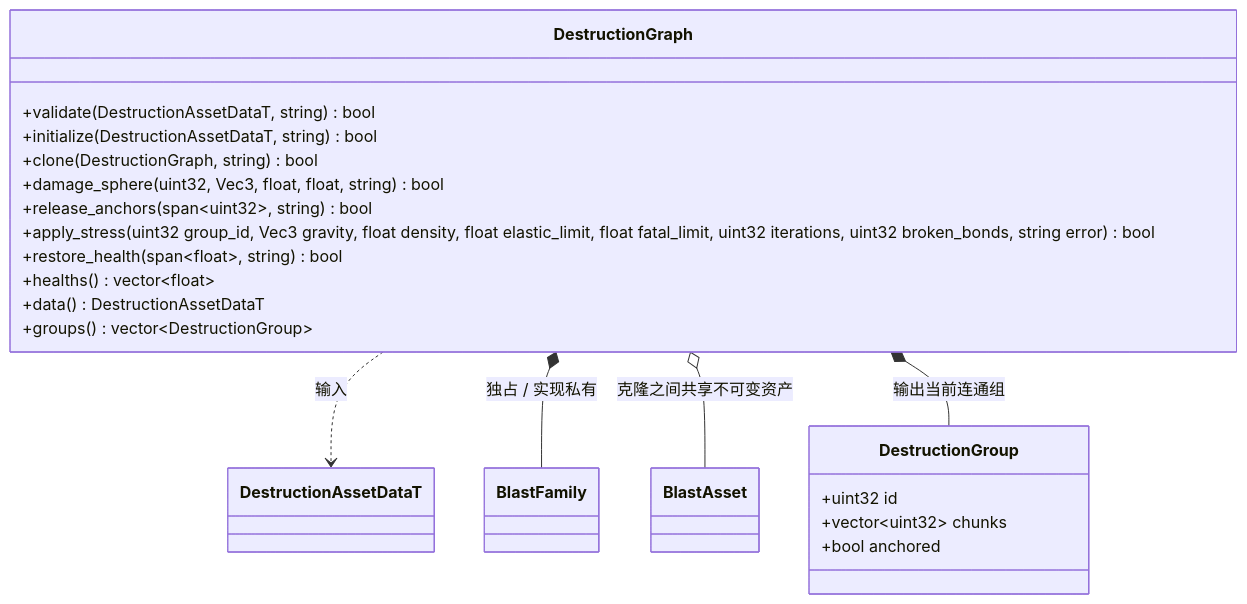
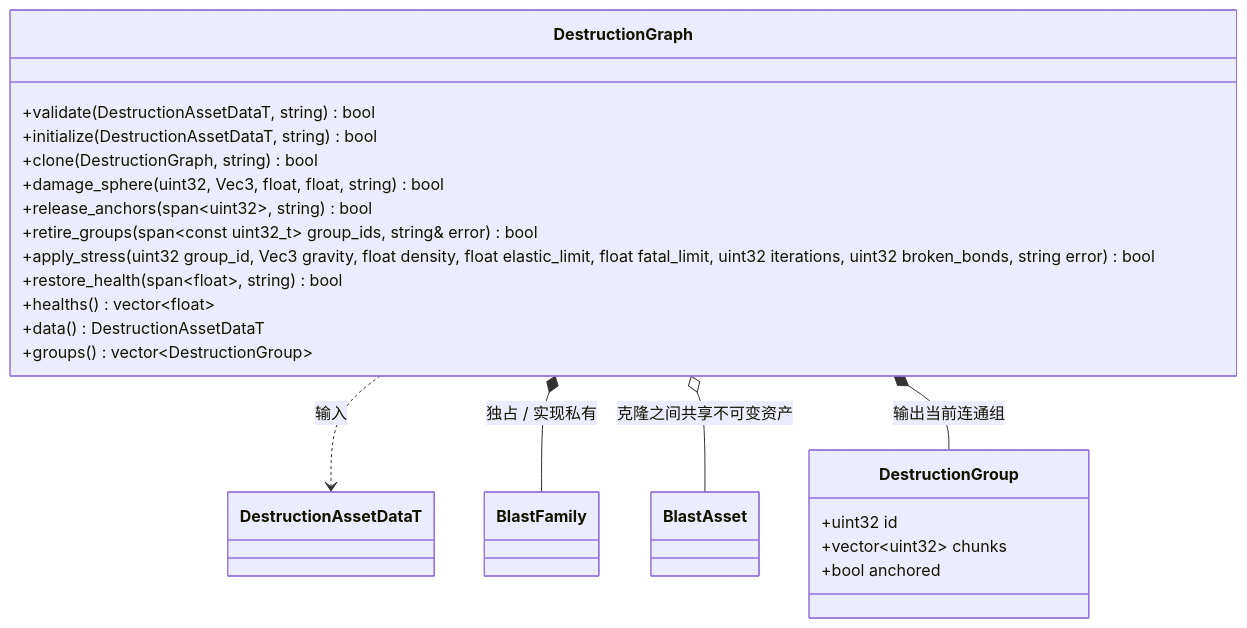
One commit to lcals/Engine changed the diagram in docs/plugins/runtime/class-diagrams/destruction-graph.md. Above: the diagram before and after it, drawn with Mermaid. The commit also changed other lines of this file and 32 other files, not shown here.

````diff
--- a/docs/plugins/runtime/class-diagrams/destruction-graph.md
+++ b/docs/plugins/runtime/class-diagrams/destruction-graph.md
@@ -5,27 +5,28 @@
 ```mermaid
 classDiagram
 class DestructionGraph {
   +validate(DestructionAssetDataT, string) bool
   +initialize(DestructionAssetDataT, string) bool
   +clone(DestructionGraph, string) bool
   +damage_sphere(uint32, Vec3, float, float, string) bool
   +release_anchors(span~uint32~, string) bool
+  +retire_groups(span~const uint32_t~ group_ids, string& error) bool
   +apply_stress(uint32 group_id, Vec3 gravity, float density, float elastic_limit, float fatal_limit, uint32 iterations, uint32 broken_bonds, string error) bool
   +restore_health(span~float~, string) bool
   +healths() vector~float~
   +data() DestructionAssetDataT
   +groups() vector~DestructionGroup~
 }
 class DestructionGroup {
   +uint32 id
   +vector~uint32~ chunks
   +bool anchored
 }
 class DestructionAssetDataT
 class BlastFamily
 class BlastAsset
 DestructionGraph ..> DestructionAssetDataT : 输入
 DestructionGraph *-- BlastFamily : 独占 / 实现私有
 DestructionGraph o-- BlastAsset : 克隆之间共享不可变资产
 DestructionGraph *-- DestructionGroup : 输出当前连通组
 ```
````
